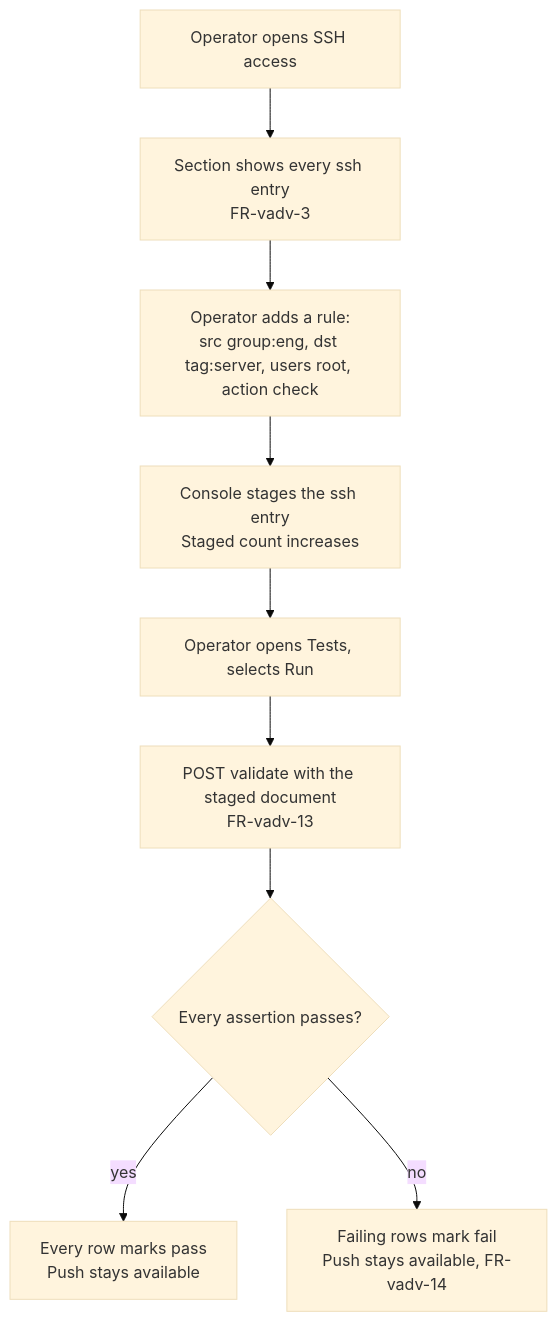
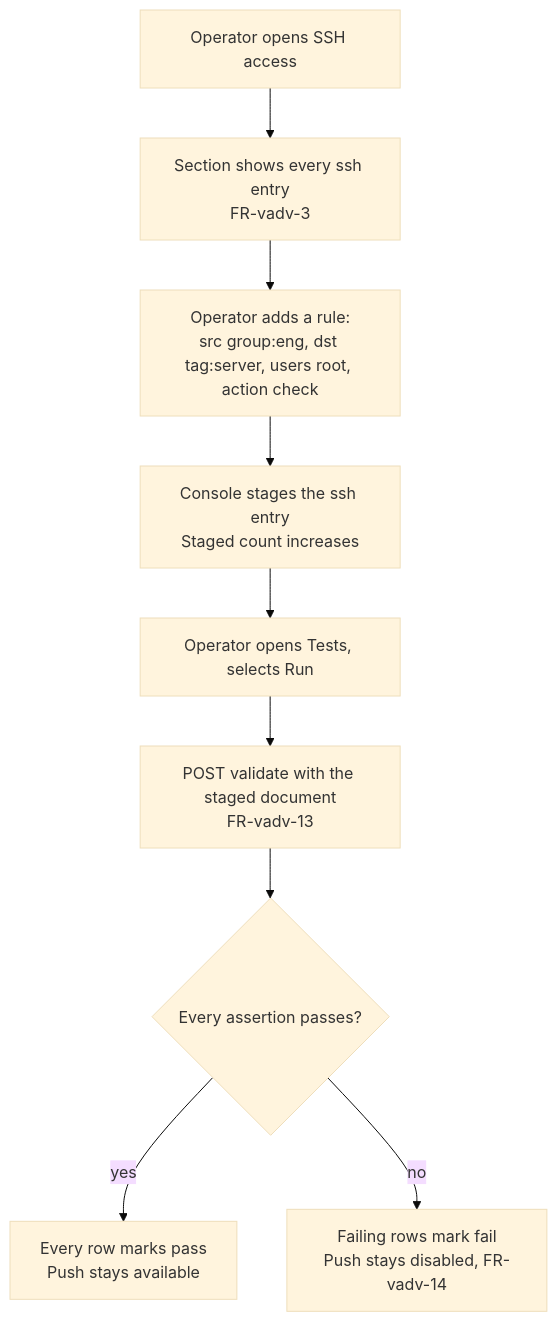
The first of 2 diagrams in docs/specs/features/13-visual-policy-advanced.md (Crank-Git/Hydrascale), drawn with Mermaid (base theme) before and after one commit. The commit also changed other lines of this file and 10 other files, not shown here.

````diff
--- a/docs/specs/features/13-visual-policy-advanced.md
+++ b/docs/specs/features/13-visual-policy-advanced.md
@@ -90,11 +96,11 @@
 ```mermaid
 flowchart TD
   A[Operator opens SSH access] --> B["Section shows every ssh entry\nFR-vadv-3"]
   B --> C["Operator adds a rule:\nsrc group:eng, dst tag:server, users root, action check"]
   C --> D["Console stages the ssh entry\nStaged count increases"]
   D --> E["Operator opens Tests, selects Run"]
   E --> F["POST validate with the staged document\nFR-vadv-13"]
   F --> G{"Every assertion passes?"}
   G -->|yes| H["Every row marks pass\nPush stays available"]
-  G -->|no| I["Failing rows mark fail\nPush stays available, FR-vadv-14"]
+  G -->|no| I["Failing rows mark fail\nPush stays disabled, FR-vadv-14"]
 ```
````
